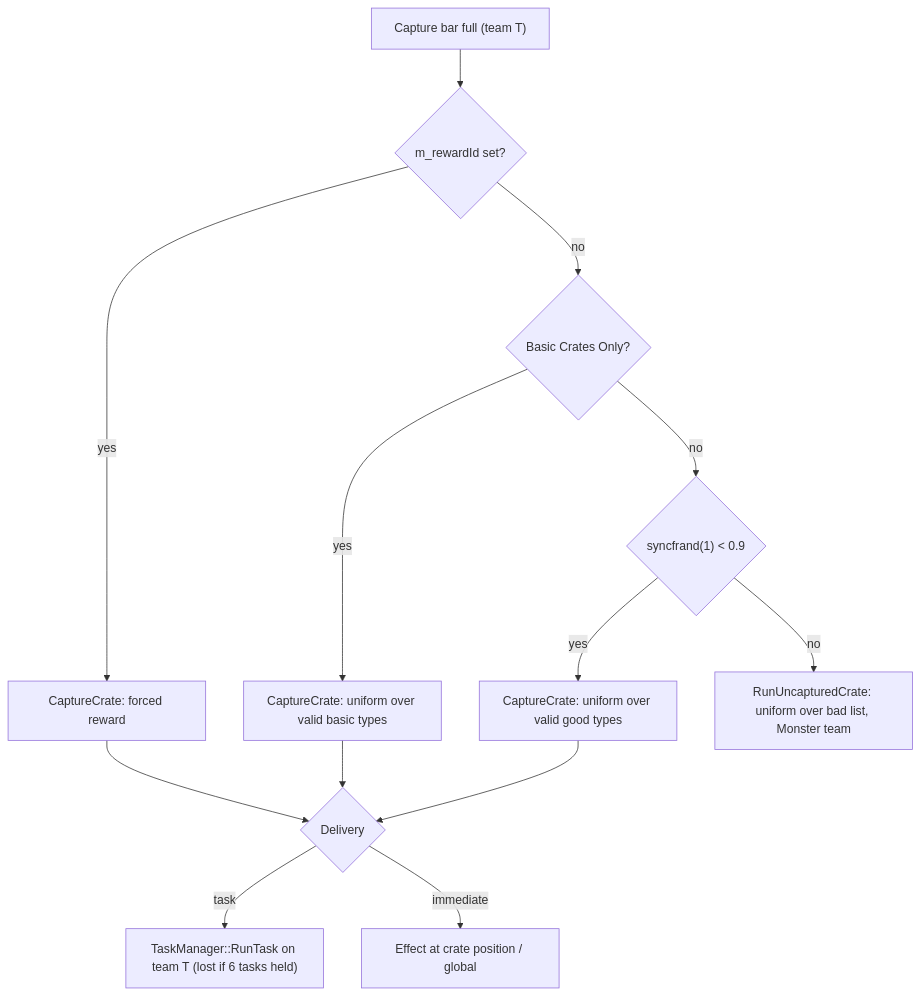
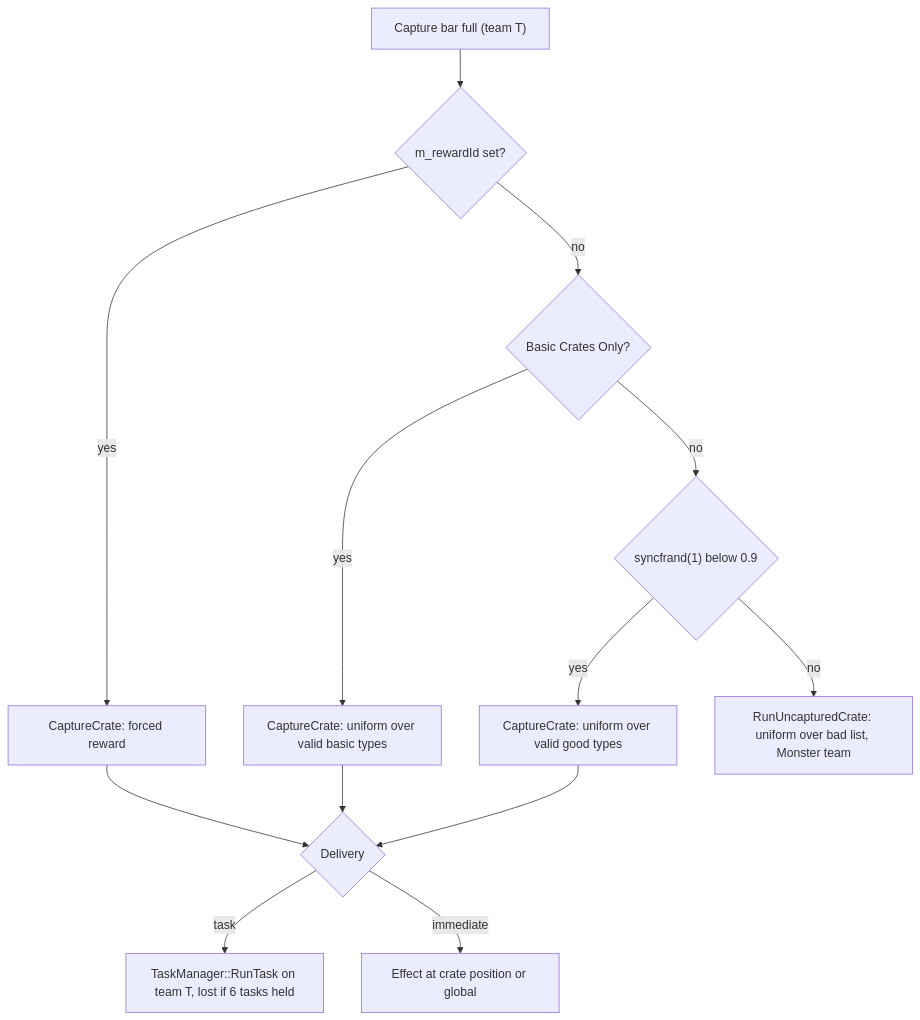
One commit to Zwaliebaba/Species.AI changed the second of 4 diagrams in design/04_crates_powerups_and_weapons.md. Above: the diagram before and after it, drawn with Mermaid. The commit also changed other lines of this file and 26 other files, not shown here.

````diff
--- a/design/04_crates_powerups_and_weapons.md
+++ b/design/04_crates_powerups_and_weapons.md
@@ -175,15 +175,15 @@
 ```mermaid
 flowchart TD
     A["Capture bar full (team T)"] --> B{"m_rewardId set?"}
-    B -- yes --> G["CaptureCrate: forced reward"]
-    B -- no --> C{"Basic Crates Only?"}
-    C -- yes --> G2["CaptureCrate: uniform over valid basic types"]
-    C -- no --> D{"syncfrand(1) < 0.9"}
-    D -- yes --> G3["CaptureCrate: uniform over valid good types"]
-    D -- no --> E["RunUncapturedCrate: uniform over bad list, Monster team"]
+    B -->|yes| G["CaptureCrate: forced reward"]
+    B -->|no| C{"Basic Crates Only?"}
+    C -->|yes| G2["CaptureCrate: uniform over valid basic types"]
+    C -->|no| D{"syncfrand(1) below 0.9"}
+    D -->|yes| G3["CaptureCrate: uniform over valid good types"]
+    D -->|no| E["RunUncapturedCrate: uniform over bad list, Monster team"]
     G3 --> H{"Delivery"}
     G2 --> H
     G --> H
-    H -- "task" --> I["TaskManager::RunTask on team T (lost if 6 tasks held)"]
-    H -- "immediate" --> J["Effect at crate position / global"]
+    H -->|task| I["TaskManager::RunTask on team T, lost if 6 tasks held"]
+    H -->|immediate| J["Effect at crate position or global"]
 ```
````
